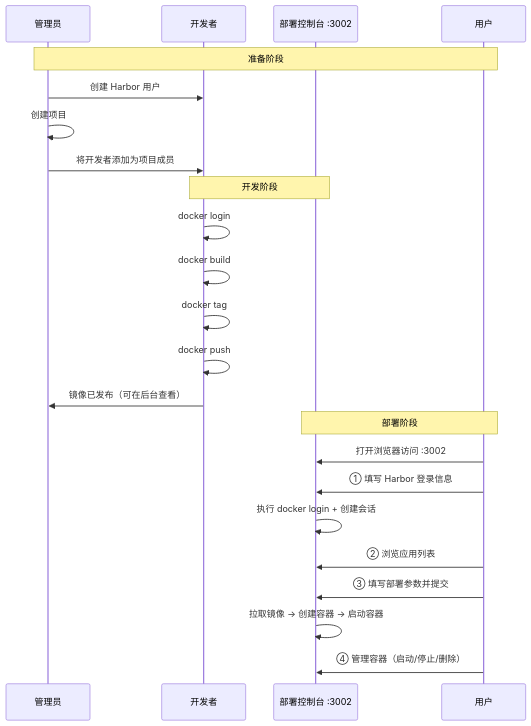
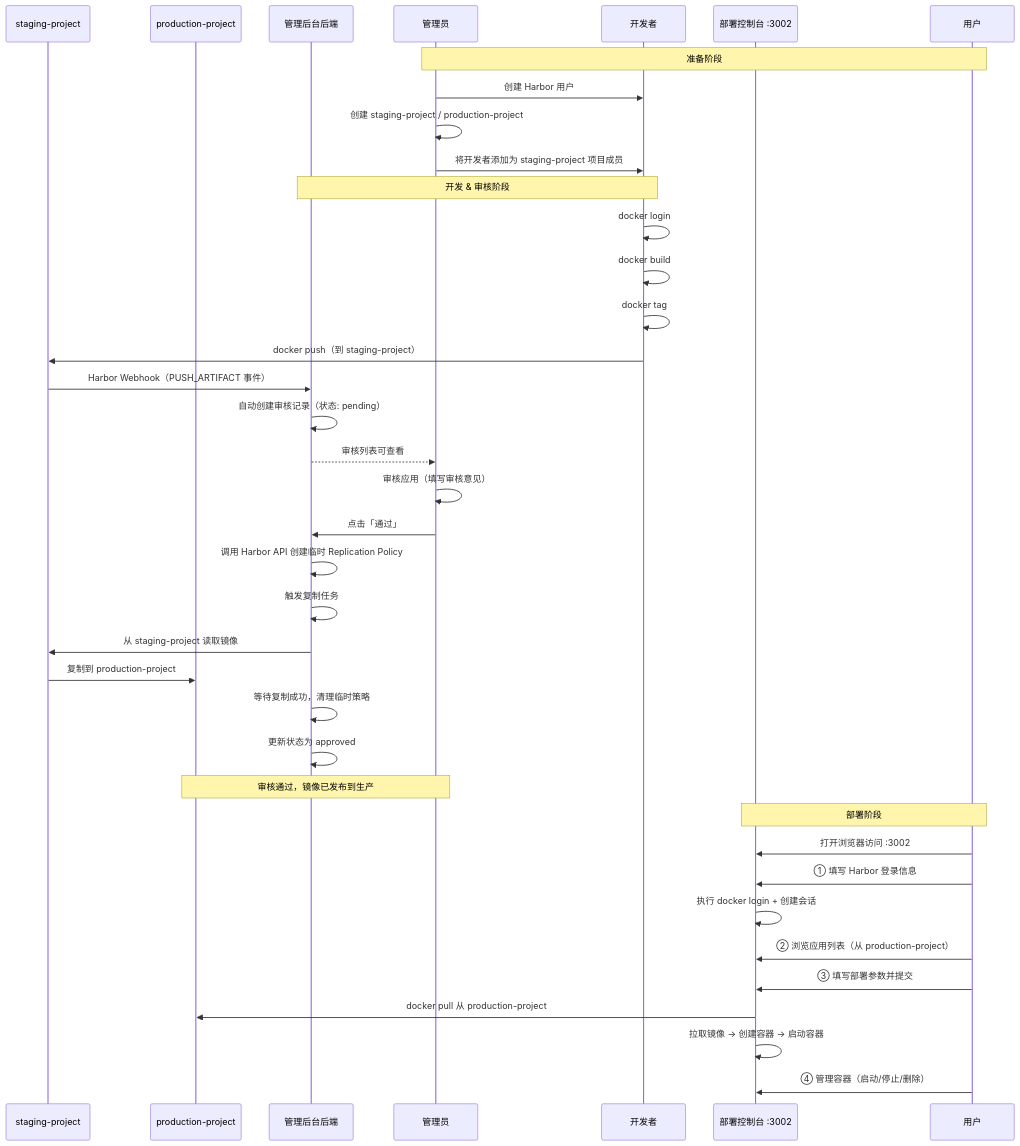
One commit to zzx1314/rust-admin changed the fourth of 5 diagrams in APPSTORE.md. Above: the diagram before and after it, drawn with Mermaid. The commit also changed other lines of this file and 1 other file, not shown here.

First line of the commit message:
feat: Enhance application store workflow with staging and production projects

````diff
--- a/APPSTORE.md
+++ b/APPSTORE.md
@@ -242,28 +339,43 @@
 ```mermaid
 sequenceDiagram
+    participant Staging as staging-project
+    participant Prod as production-project
+    participant Backend as 管理后台后端
     participant Admin as 管理员
     participant Dev as 开发者
     participant Console as 部署控制台 :3002
     participant User as 用户
 
     Note over Admin,User: 准备阶段
     Admin->>Dev: 创建 Harbor 用户
-    Admin->>Admin: 创建项目
-    Admin->>Dev: 将开发者添加为项目成员
+    Admin->>Admin: 创建 staging-project / production-project
+    Admin->>Dev: 将开发者添加为 staging-project 项目成员
 
-    Note over Dev,Console: 开发阶段
+    Note over Dev,Backend: 开发 & 审核阶段
     Dev->>Dev: docker login
     Dev->>Dev: docker build
     Dev->>Dev: docker tag
-    Dev->>Dev: docker push
-    Dev->>Admin: 镜像已发布（可在后台查看）
+    Dev->>Staging: docker push（到 staging-project）
+    Staging->>Backend: Harbor Webhook（PUSH_ARTIFACT 事件）
+    Backend->>Backend: 自动创建审核记录（状态: pending）
+    Backend-->>Admin: 审核列表可查看
+    Admin->>Admin: 审核应用（填写审核意见）
+    Admin->>Backend: 点击「通过」
+    Backend->>Backend: 调用 Harbor API 创建临时 Replication Policy
+    Backend->>Backend: 触发复制任务
+    Backend->>Staging: 从 staging-project 读取镜像
+    Staging->>Prod: 复制到 production-project
+    Backend->>Backend: 等待复制成功，清理临时策略
+    Backend->>Backend: 更新状态为 approved
+    Note over Admin,Prod: 审核通过，镜像已发布到生产
 
     Note over Console,User: 部署阶段
     User->>Console: 打开浏览器访问 :3002
     User->>Console: ① 填写 Harbor 登录信息
     Console->>Console: 执行 docker login + 创建会话
-    User->>Console: ② 浏览应用列表
+    User->>Console: ② 浏览应用列表（从 production-project）
     User->>Console: ③ 填写部署参数并提交
+    Console->>Prod: docker pull 从 production-project
     Console->>Console: 拉取镜像 → 创建容器 → 启动容器
     User->>Console: ④ 管理容器（启动/停止/删除）
 ```
````
